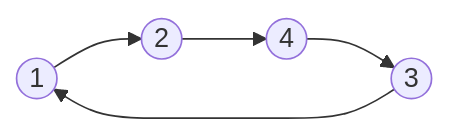
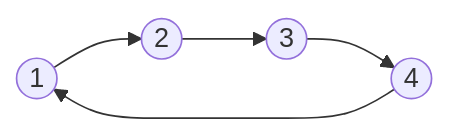
One commit to roalgo-discord/arhiva-educationala changed the second of 3 diagrams in docs/mediu/sortare_topologica.md. Above: the diagram before and after it, drawn with Mermaid. The commit also changed other lines of this file and 1 other file, not shown here.

````diff
--- a/docs/mediu/sortare_topologica.md
+++ b/docs/mediu/sortare_topologica.md
@@ -30,7 +32,7 @@
 ```mermaid
 graph LR
 A((1)) --> B((2))
-B --> D((4))
-C((3)) --> A
+B --> D((3))
+C((4)) --> A
 D --> C
 ```
````
